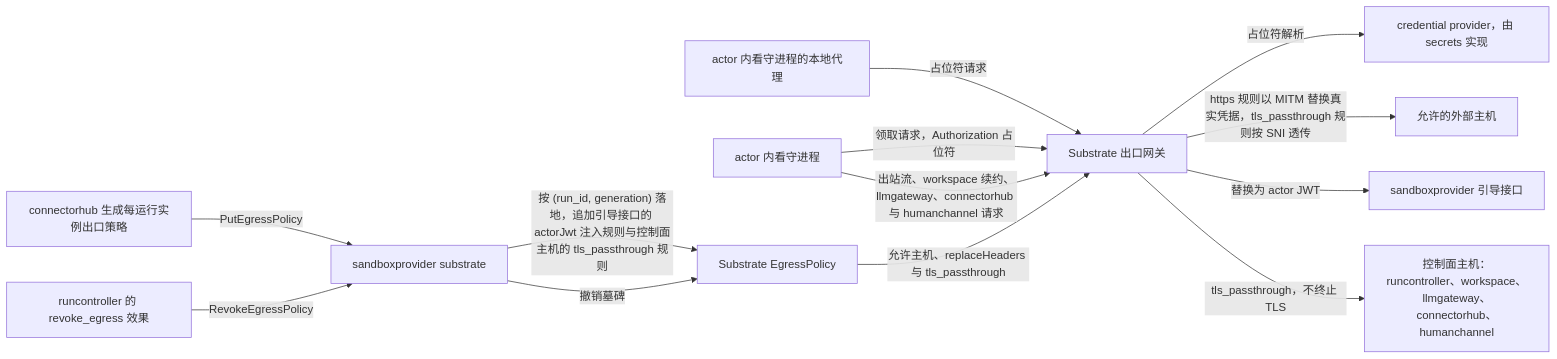
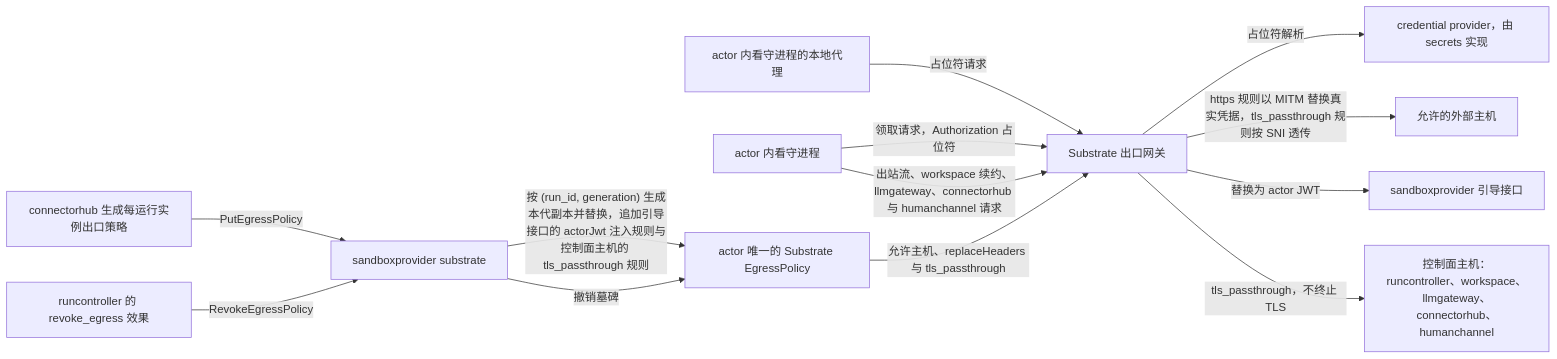
One commit to wangzw/castworks changed the fourth of 4 diagrams in docs/design/modules/sandboxprovider/design-sandboxprovider-substrate.md. Above: the diagram before and after it, drawn with Mermaid. The commit also changed other lines of this file and 16 other files, not shown here.

````diff
--- a/docs/design/modules/sandboxprovider/design-sandboxprovider-substrate.md
+++ b/docs/design/modules/sandboxprovider/design-sandboxprovider-substrate.md
@@ -253,15 +270,15 @@
 ```mermaid
 flowchart LR
     H["connectorhub 生成每运行实例出口策略"] -->|"PutEgressPolicy"| P["sandboxprovider substrate"]
-    P -->|"按 (run_id, generation) 落地，追加引导接口的 actorJwt 注入规则与控制面主机的 tls_passthrough 规则"| E["Substrate EgressPolicy"]
+    P -->|"按 (run_id, generation) 生成本代副本并替换，追加引导接口的 actorJwt 注入规则与控制面主机的 tls_passthrough 规则"| E["actor 唯一的 Substrate EgressPolicy"]
     A["actor 内看守进程的本地代理"] -->|"占位符请求"| G["Substrate 出口网关"]
     W["actor 内看守进程"] -->|"领取请求，Authorization 占位符"| G
     W -->|"出站流、workspace 续约、llmgateway、connectorhub 与 humanchannel 请求"| G
     E -->|"允许主机、replaceHeaders 与 tls_passthrough"| G
     G -->|"占位符解析"| C["credential provider，由 secrets 实现"]
     G -->|"https 规则以 MITM 替换真实凭据，tls_passthrough 规则按 SNI 透传"| U["允许的外部主机"]
     G -->|"替换为 actor JWT"| B["sandboxprovider 引导接口"]
     G -->|"tls_passthrough，不终止 TLS"| Q["控制面主机：runcontroller、workspace、llmgateway、connectorhub、humanchannel"]
     R["runcontroller 的 revoke_egress 效果"] -->|"RevokeEgressPolicy"| P
     P -->|"撤销墓碑"| E
 ```
````
